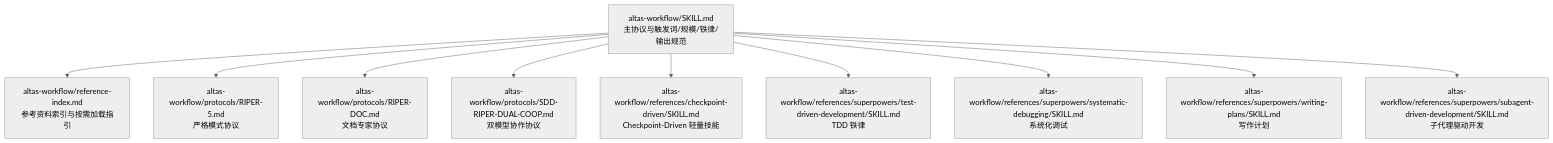
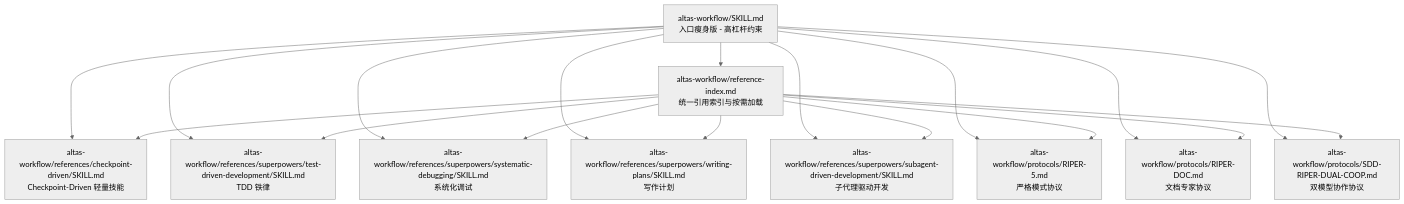
The first of 5 diagrams in .qoder/repowiki/zh/content/核心协议/核心协议.md (AngelWings1997/altas), drawn with Mermaid (neutral theme) before and after one commit. The commit also changed other lines of this file and 11 other files, not shown here.

````diff
--- a/.qoder/repowiki/zh/content/核心协议/核心协议.md
+++ b/.qoder/repowiki/zh/content/核心协议/核心协议.md
@@ -45,22 +57,30 @@
 ```mermaid
 graph TB
-主协议["altas-workflow/SKILL.md<br/>主协议与触发词/规模/铁律/输出规范"]
-索引["altas-workflow/reference-index.md<br/>参考资料索引与按需加载指引"]
+主协议["altas-workflow/SKILL.md<br/>入口瘦身版 - 高杠杆约束"]
+索引["altas-workflow/reference-index.md<br/>统一引用索引与按需加载"]
 子协议1["altas-workflow/protocols/RIPER-5.md<br/>严格模式协议"]
 子协议2["altas-workflow/protocols/RIPER-DOC.md<br/>文档专家协议"]
 子协议3["altas-workflow/protocols/SDD-RIPER-DUAL-COOP.md<br/>双模型协作协议"]
 技能1["altas-workflow/references/checkpoint-driven/SKILL.md<br/>Checkpoint-Driven 轻量技能"]
 技能2["altas-workflow/references/superpowers/test-driven-development/SKILL.md<br/>TDD 铁律"]
 技能3["altas-workflow/references/superpowers/systematic-debugging/SKILL.md<br/>系统化调试"]
 技能4["altas-workflow/references/superpowers/writing-plans/SKILL.md<br/>写作计划"]
 技能5["altas-workflow/references/superpowers/subagent-driven-development/SKILL.md<br/>子代理驱动开发"]
 主协议 --> 索引
 主协议 --> 子协议1
 主协议 --> 子协议2
 主协议 --> 子协议3
 主协议 --> 技能1
 主协议 --> 技能2
 主协议 --> 技能3
 主协议 --> 技能4
 主协议 --> 技能5
+索引 --> 技能1
+索引 --> 技能2
+索引 --> 技能3
+索引 --> 技能4
+索引 --> 技能5
+索引 --> 子协议1
+索引 --> 子协议2
+索引 --> 子协议3
 ```
````
